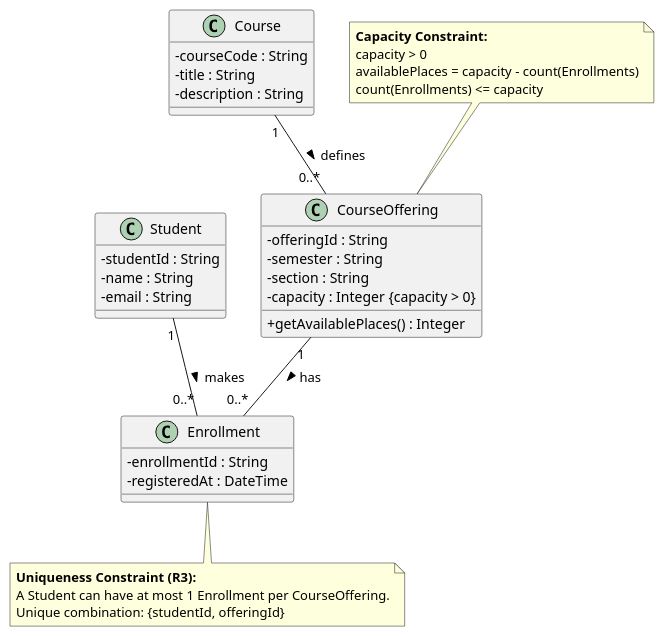
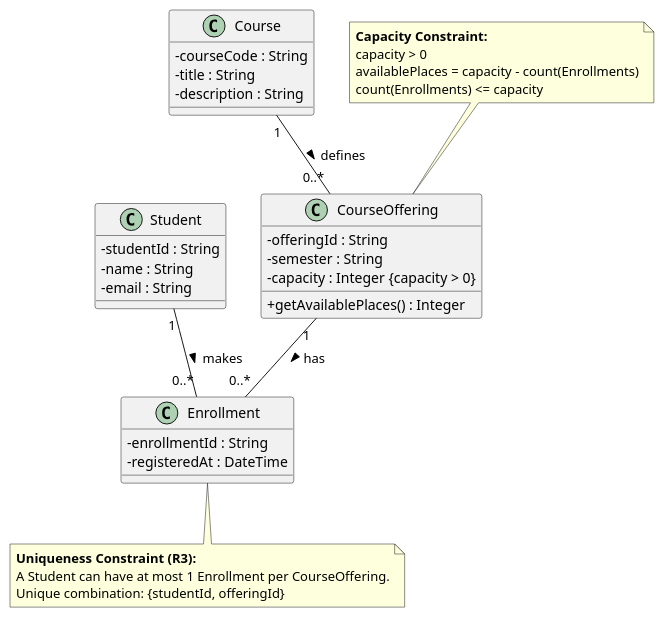
One commit to nurassylgalym/se-practice changed the diagram in sis-02/models/classes.puml. Above: the diagram before and after it, drawn with PlantUML. The commit also changed 6 other files, not shown here.

```diff
--- a/sis-02/models/classes.puml
+++ b/sis-02/models/classes.puml
@@ -6,46 +6,45 @@
 @startuml
 skinparam classAttributeIconSize 0
 
 class Student {
   - studentId : String
   - name : String
   - email : String
 }
 
 class Course {
   - courseCode : String
   - title : String
   - description : String
 }
 
 class CourseOffering {
   - offeringId : String
   - semester : String
-  - section : String
   - capacity : Integer {capacity > 0}
   + getAvailablePlaces() : Integer
 }
 
 class Enrollment {
   - enrollmentId : String
   - registeredAt : DateTime
 }
 
 Course "1" -- "0..*" CourseOffering : defines >
 Student "1" -- "0..*" Enrollment : makes >
 CourseOffering "1" -- "0..*" Enrollment : has >
 
 note top of CourseOffering
   <b>Capacity Constraint:</b>
   capacity > 0
   availablePlaces = capacity - count(Enrollments)
   count(Enrollments) <= capacity
 end note
 
 note bottom of Enrollment
   <b>Uniqueness Constraint (R3):</b>
   A Student can have at most 1 Enrollment per CourseOffering.
   Unique combination: {studentId, offeringId}
 end note
 
 @enduml
```
